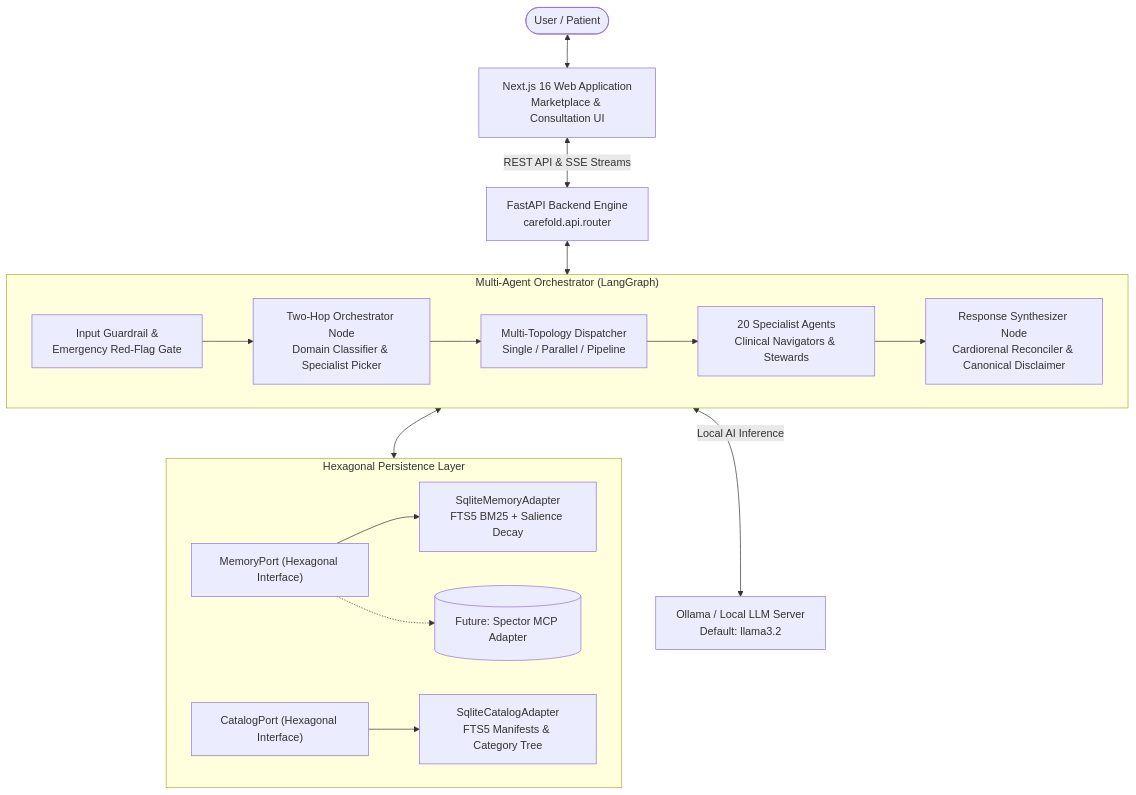
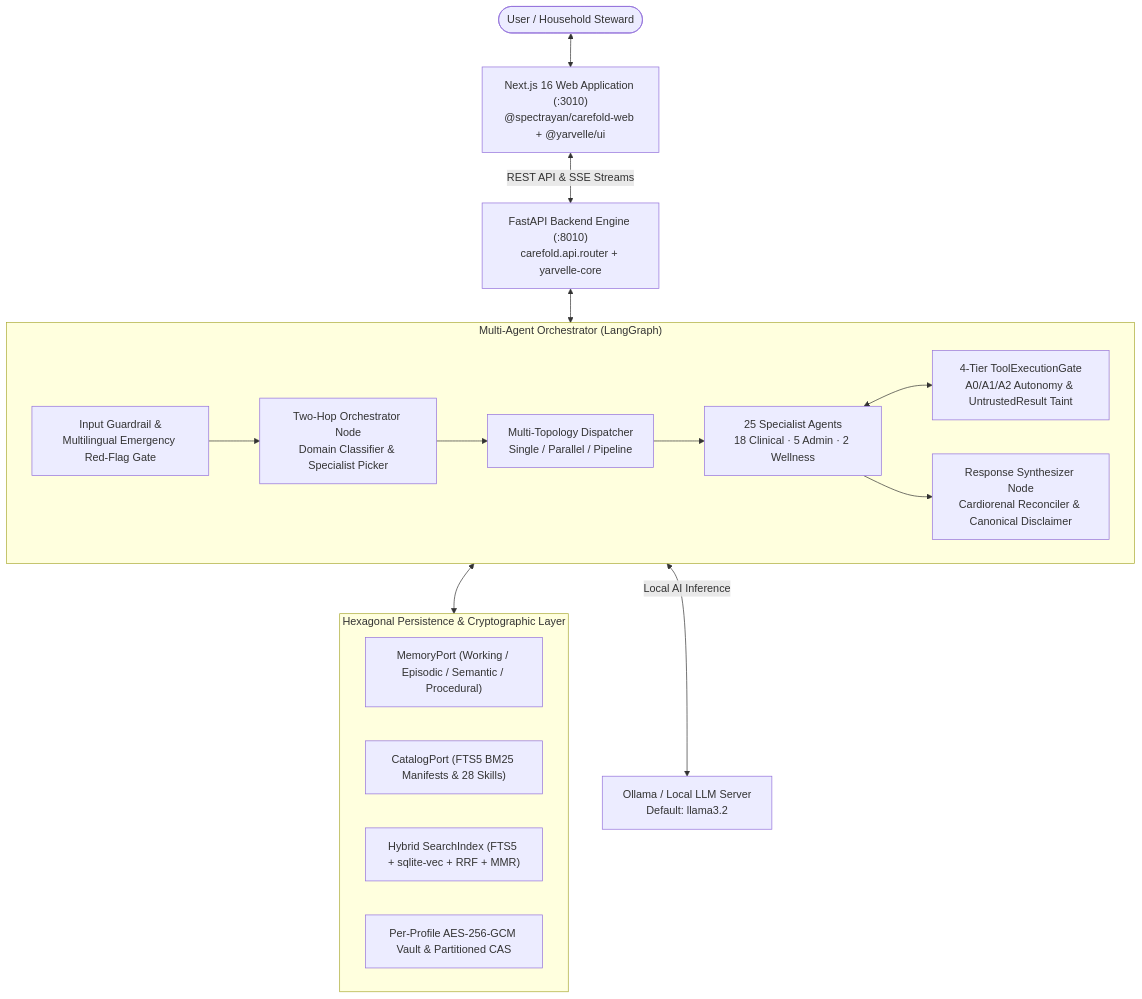
The diagram in docs/index.md (DeadlyTalha/carefold), drawn with Mermaid before and after one commit. The commit also changed other lines of this file and 24 other files, not shown here.

Commit message:
docs(ui): add product tour screenshots and sync architecture docs

````diff
--- a/docs/index.md
+++ b/docs/index.md
@@ -13,35 +15,32 @@
 ```mermaid
 flowchart TD
-    User([User / Patient]) <--> WebUI[Next.js 16 Web Application<br/>Marketplace & Consultation UI]
-    WebUI <-->|REST API & SSE Streams| Backend[FastAPI Backend Engine<br/>carefold.api.router]
+    User([User / Household Steward]) <--> WebUI["Next.js 16 Web Application (:3010)<br/>@spectrayan/carefold-web + @yarvelle/ui"]
+    WebUI <-->|REST API & SSE Streams| Backend["FastAPI Backend Engine (:8010)<br/>carefold.api.router + yarvelle-core"]
     
     subgraph EngineCore["Multi-Agent Orchestrator (LangGraph)"]
-        InputGate[Input Guardrail &<br/>Emergency Red-Flag Gate]
+        InputGate[Input Guardrail &<br/>Multilingual Emergency Red-Flag Gate]
         Orchestrator[Two-Hop Orchestrator Node<br/>Domain Classifier & Specialist Picker]
         Dispatcher[Multi-Topology Dispatcher<br/>Single / Parallel / Pipeline]
-        Specialists[20 Specialist Agents<br/>Clinical Navigators & Stewards]
+        Specialists[25 Specialist Agents<br/>18 Clinical · 5 Admin · 2 Wellness]
+        ToolGate[4-Tier ToolExecutionGate<br/>A0/A1/A2 Autonomy & UntrustedResult Taint]
         Synthesizer[Response Synthesizer Node<br/>Cardiorenal Reconciler & Canonical Disclaimer]
         
         InputGate --> Orchestrator
         Orchestrator --> Dispatcher
         Dispatcher --> Specialists
+        Specialists <--> ToolGate
         Specialists --> Synthesizer
     end
     
     Backend <--> EngineCore
     
-    subgraph StorageLayer["Hexagonal Persistence Layer"]
-        MemoryPort["MemoryPort (Hexagonal Interface)"]
-        CatalogPort["CatalogPort (Hexagonal Interface)"]
-        SqliteMem[SqliteMemoryAdapter<br/>FTS5 BM25 + Salience Decay]
-        SqliteCat[SqliteCatalogAdapter<br/>FTS5 Manifests & Category Tree]
-        SpectorMCP[(Future: Spector MCP Adapter)]
-        
-        MemoryPort --> SqliteMem
-        MemoryPort -.-> SpectorMCP
-        CatalogPort --> SqliteCat
+    subgraph StorageLayer["Hexagonal Persistence & Cryptographic Layer"]
+        MemoryPort["MemoryPort (Working / Episodic / Semantic / Procedural)"]
+        CatalogPort["CatalogPort (FTS5 BM25 Manifests & 28 Skills)"]
+        SearchIndex["Hybrid SearchIndex (FTS5 + sqlite-vec + RRF + MMR)"]
+        VaultCAS["Per-Profile AES-256-GCM Vault & Partitioned CAS"]
     end
     
     EngineCore <--> StorageLayer
     EngineCore <-->|Local AI Inference| Ollama[Ollama / Local LLM Server<br/>Default: llama3.2]
 ```
````
